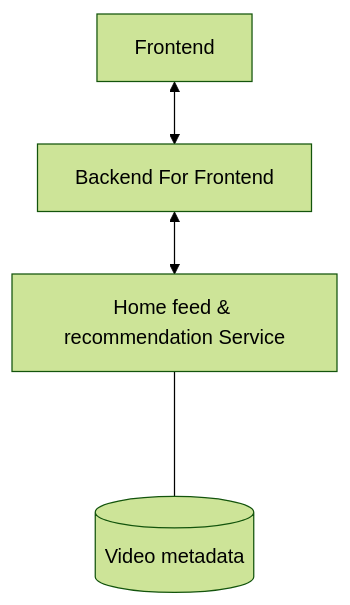
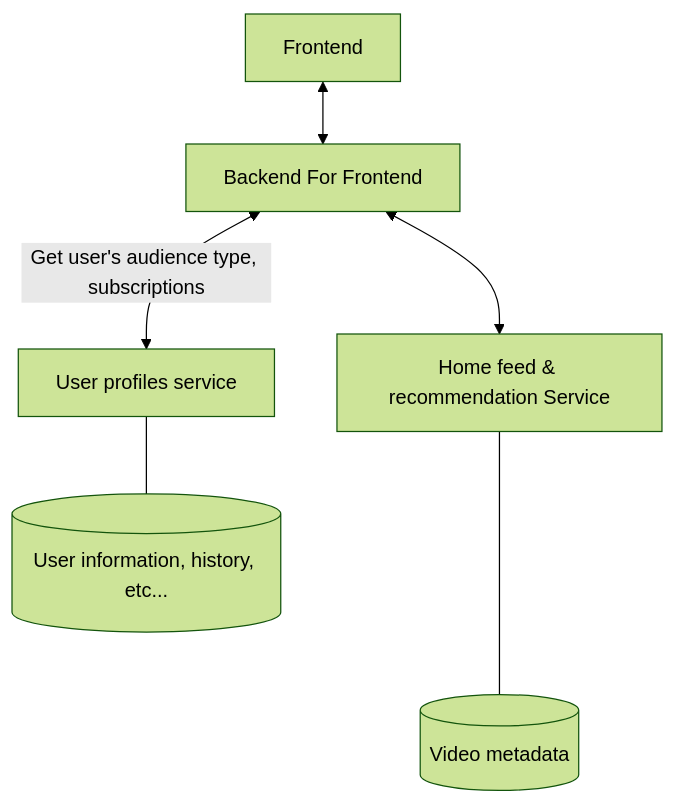
Before and after one commit to kevthunder/Vention-system-design-assessment: the third of 12 diagrams in docs/README.md, drawn with Mermaid (forest theme). The commit also changed other lines of this file and 1 other file, not shown here.

````diff
--- a/docs/README.md
+++ b/docs/README.md
@@ -123,11 +123,15 @@
 ```mermaid
 flowchart TD
     Frontend[Frontend]
     BFF[Backend For Frontend]
     Frontend <--> BFF
 
+    User[User profiles service]
+    UserDB[(User information, history, etc...)]
+    BFF -- Get user's audience type, subscriptions  <--> User --- UserDB
+
     Feed[Home feed & recommendation Service]
     VideoDB[(Video metadata)]
     BFF <--> Feed
     Feed ---- VideoDB
 ```
````
